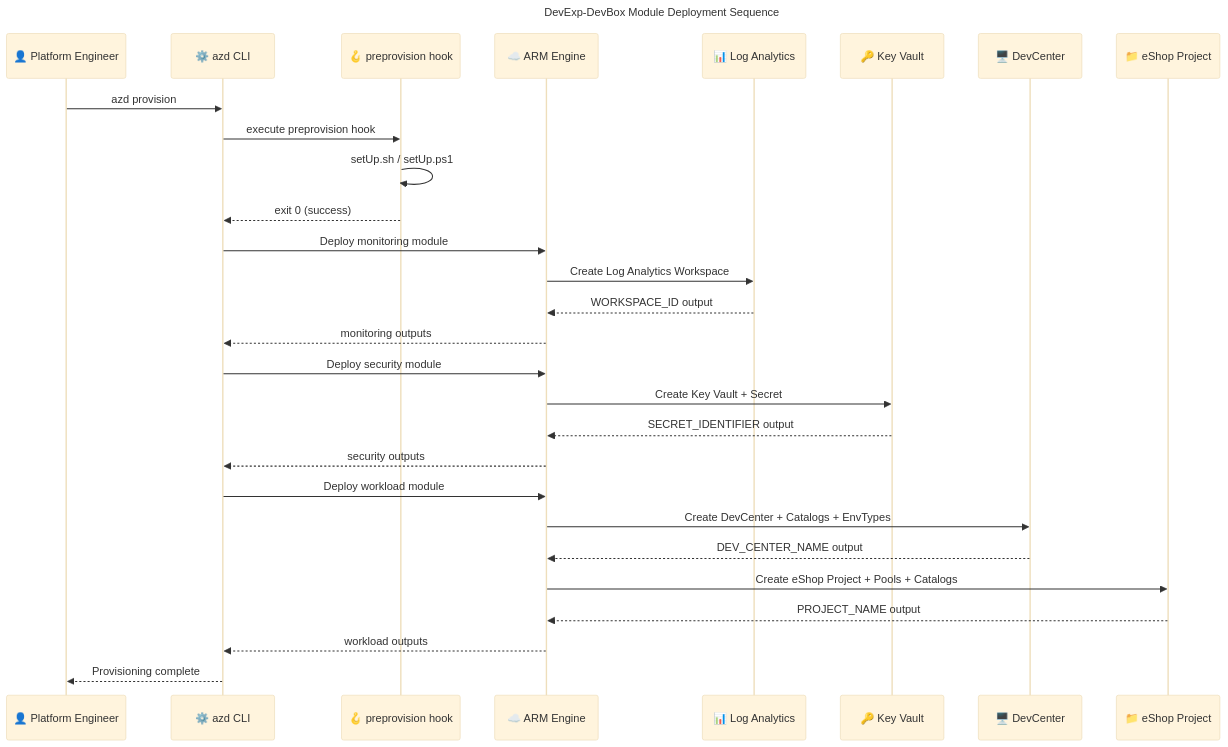
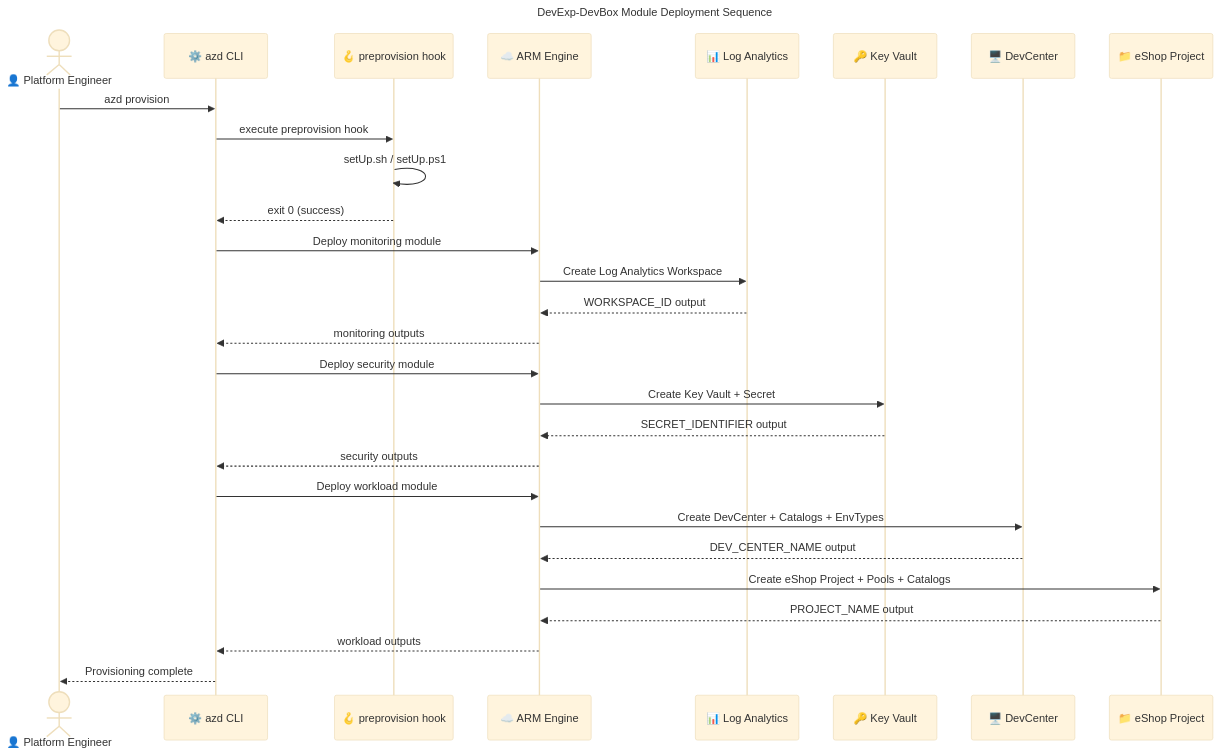
The ninth of 15 diagrams in docs/architecture/application-architecture.md (Evilazaro/DevExp-DevBox), drawn with Mermaid before and after one commit. The commit also changed other lines of this file, not shown here.

Commit message:
refactor: update YAML contract terminology and enhance diagram verification scores for improved clarity

````diff
--- a/docs/architecture/application-architecture.md
+++ b/docs/architecture/application-architecture.md
@@ -1526,43 +1529,43 @@
 ```mermaid
 ---
 title: DevExp-DevBox Module Deployment Sequence
 config:
   theme: base
   look: classic
   layout: dagre
   themeVariables:
     fontSize: '16px'
 ---
 sequenceDiagram
     accTitle: DevExp-DevBox Module Deployment Sequence
     accDescr: Sequential deployment order from azd provision through monitoring, security, workload modules to Azure DevCenter provisioning
 
-    participant eng as 👤 Platform Engineer
+    actor eng as 👤 Platform Engineer
     participant azd as ⚙️ azd CLI
     participant hook as 🪝 preprovision hook
     participant arm as ☁️ ARM Engine
     participant la as 📊 Log Analytics
     participant kv as 🔑 Key Vault
     participant dc as 🖥️ DevCenter
     participant proj as 📁 eShop Project
 
     eng->>azd: azd provision
     azd->>hook: execute preprovision hook
     hook->>hook: setUp.sh / setUp.ps1
     hook-->>azd: exit 0 (success)
     azd->>arm: Deploy monitoring module
     arm->>la: Create Log Analytics Workspace
     la-->>arm: WORKSPACE_ID output
     arm-->>azd: monitoring outputs
     azd->>arm: Deploy security module
     arm->>kv: Create Key Vault + Secret
     kv-->>arm: SECRET_IDENTIFIER output
     arm-->>azd: security outputs
     azd->>arm: Deploy workload module
     arm->>dc: Create DevCenter + Catalogs + EnvTypes
     dc-->>arm: DEV_CENTER_NAME output
     arm->>proj: Create eShop Project + Pools + Catalogs
     proj-->>arm: PROJECT_NAME output
     arm-->>azd: workload outputs
     azd-->>eng: Provisioning complete
 ```
````
